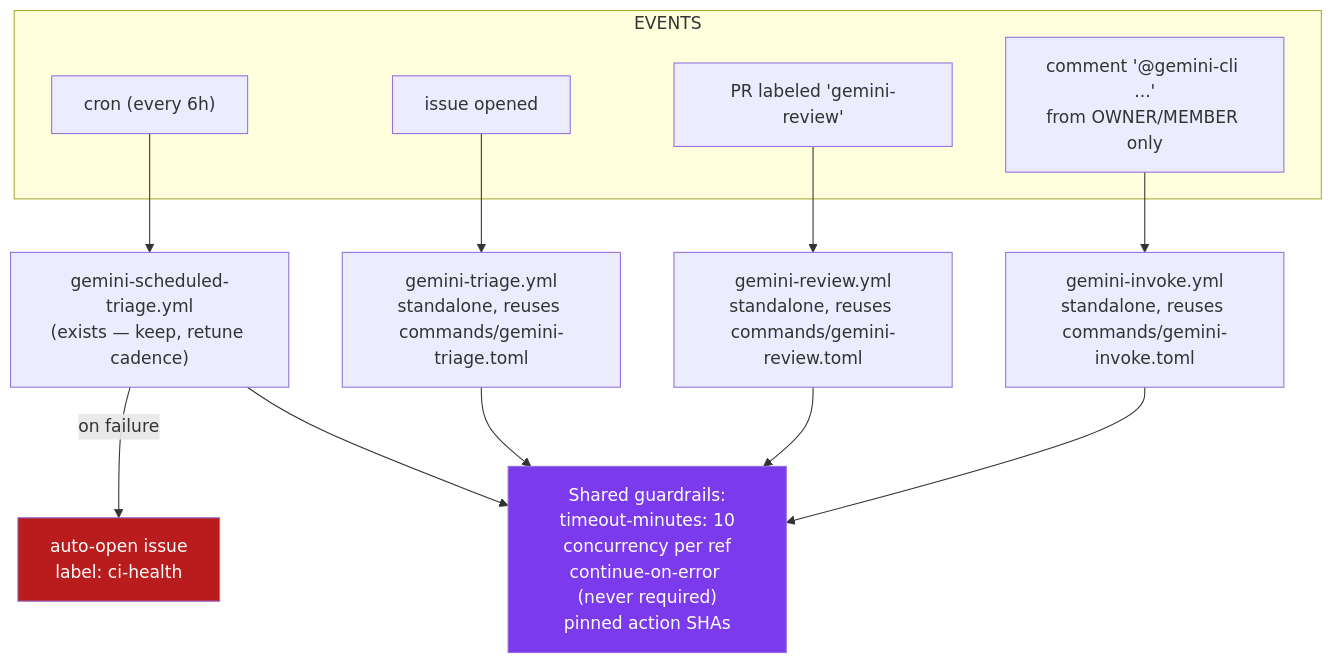
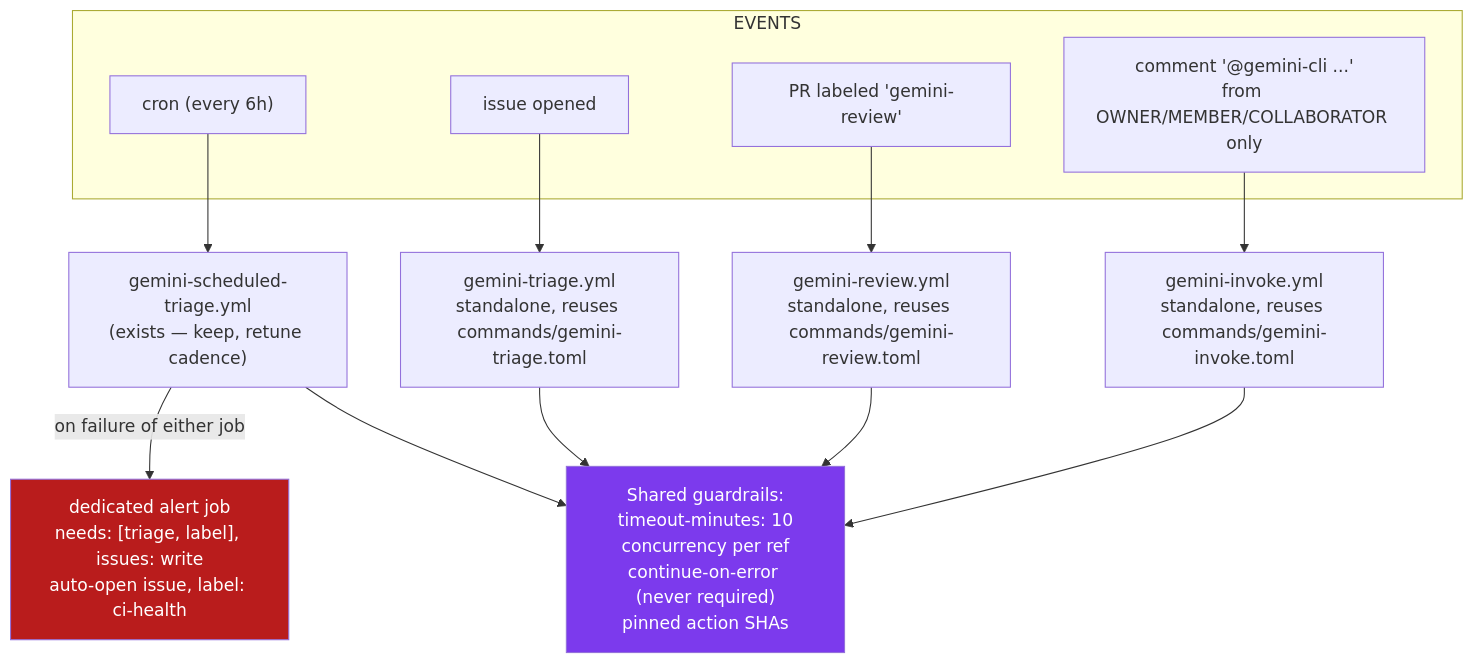
Before and after one commit to adamtasteslikegood/tasteslikegood.com: the diagram in docs/ci/refresh/SPEC-02-ai-triage-and-review.md, drawn with Mermaid. The commit also changed other lines of this file and 5 other files, not shown here.

First line of the commit message:
docs(ci): address Copilot review — real CodeQL contexts, alert-job design, self-contained PROMPT

````diff
--- a/docs/ci/refresh/SPEC-02-ai-triage-and-review.md
+++ b/docs/ci/refresh/SPEC-02-ai-triage-and-review.md
@@ -52,17 +52,17 @@
 ```mermaid
 flowchart TD
     subgraph EVENTS
         E1["cron (every 6h)"]
         E2["issue opened"]
         E3["PR labeled 'gemini-review'"]
-        E4["comment '@gemini-cli ...'<br/>from OWNER/MEMBER only"]
+        E4["comment '@gemini-cli ...'<br/>from OWNER/MEMBER/COLLABORATOR only"]
     end
     E1 --> W1["gemini-scheduled-triage.yml<br/>(exists — keep, retune cadence)"]
     E2 --> W2["gemini-triage.yml<br/>standalone, reuses commands/gemini-triage.toml"]
     E3 --> W3["gemini-review.yml<br/>standalone, reuses commands/gemini-review.toml"]
     E4 --> W4["gemini-invoke.yml<br/>standalone, reuses commands/gemini-invoke.toml"]
     W1 & W2 & W3 & W4 --> GUARD["Shared guardrails:<br/>timeout-minutes: 10<br/>concurrency per ref<br/>continue-on-error (never required)<br/>pinned action SHAs"]
-    W1 -->|on failure| ALERT["auto-open issue<br/>label: ci-health"]
+    W1 -->|on failure of either job| ALERT["dedicated alert job<br/>needs: [triage, label], issues: write<br/>auto-open issue, label: ci-health"]
     style GUARD fill:#7c3aed,color:#fff
     style ALERT fill:#b91c1c,color:#fff
 ```
````
